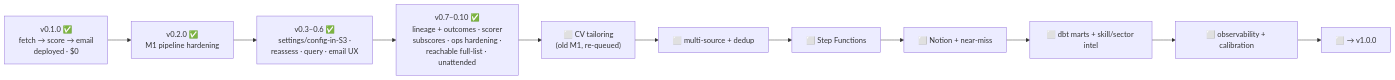
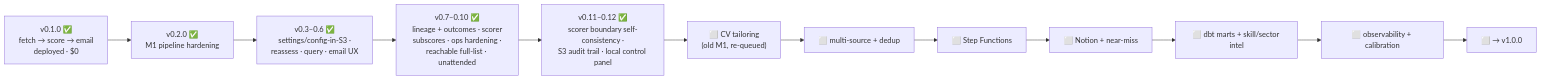
Before and after one commit to tarigelamin1997/jobfetcher: the third of 3 diagrams in README.md, drawn with Mermaid. The commit also changed other lines of this file and 7 other files, not shown here.

````diff
--- a/README.md
+++ b/README.md
@@ -200,13 +206,14 @@
 ```mermaid
 flowchart LR
   v0["v0.1.0 ✅<br/>fetch → score → email<br/>deployed · $0"] --> M1["v0.2.0 ✅<br/>M1 pipeline hardening"]
   M1 --> S["v0.3–0.6 ✅<br/>settings/config-in-S3 ·<br/>reassess · query · email UX"]
   S --> S2["v0.7–0.10 ✅<br/>lineage + outcomes · scorer<br/>subscores · ops hardening ·<br/>reachable full-list · unattended"]
-  S2 --> CV["⬜ CV tailoring<br/>(old M1, re-queued)"]
+  S2 --> S3n["v0.11–0.12 ✅<br/>scorer boundary self-consistency ·<br/>S3 audit trail · local control panel"]
+  S3n --> CV["⬜ CV tailoring<br/>(old M1, re-queued)"]
   CV --> M2["⬜ multi-source + dedup"]
   M2 --> M3["⬜ Step Functions"]
   M3 --> M4["⬜ Notion + near-miss"]
   M4 --> M5["⬜ dbt marts + skill/sector intel"]
   M5 --> M7["⬜ observability + calibration"]
   M7 --> M8["⬜ → v1.0.0"]
 ```
````
